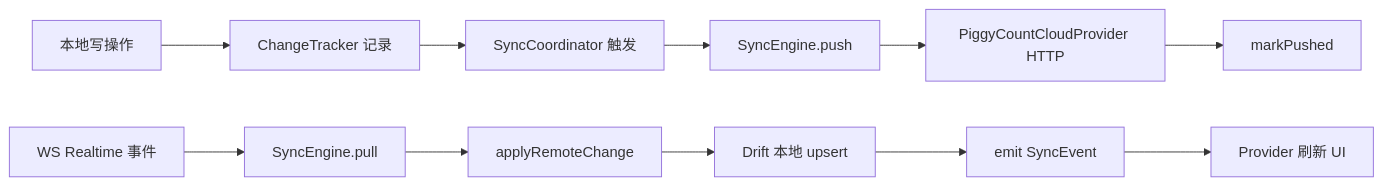
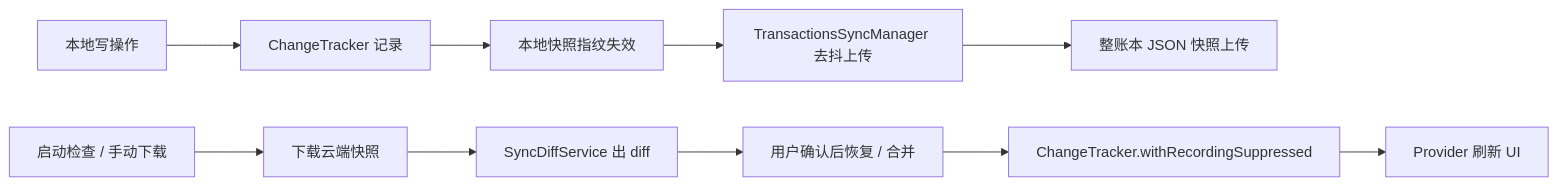
The fifth of 5 diagrams in docoments/01-project-overview.md (mecoren/PiggyCount), drawn with Mermaid before and after one commit. The commit also changed other lines of this file and 19 other files, not shown here.

First line of the commit message:
docs: 工程文档与 known-issues 同步至 schema 58 / 快照同步（2026-10-17）

````diff
--- a/docoments/01-project-overview.md
+++ b/docoments/01-project-overview.md
@@ -268,14 +276,13 @@
 ```mermaid
 flowchart LR
     A[本地写操作] --> B[ChangeTracker 记录]
-    B --> C[SyncCoordinator 触发]
-    C --> D[SyncEngine.push]
-    D --> E[PiggyCountCloudProvider HTTP]
-    E --> F[markPushed]
+    B --> C[本地快照指纹失效]
+    C --> D[TransactionsSyncManager 去抖上传]
+    D --> E[整账本 JSON 快照上传]
 
-    G[WS Realtime 事件] --> H[SyncEngine.pull]
-    H --> I[applyRemoteChange]
-    I --> J[Drift 本地 upsert]
-    J --> K[emit SyncEvent]
-    K --> L[Provider 刷新 UI]
+    F[启动检查 / 手动下载] --> G[下载云端快照]
+    G --> H[SyncDiffService 出 diff]
+    H --> I[用户确认后恢复 / 合并]
+    I --> J[ChangeTracker.withRecordingSuppressed]
+    J --> K[Provider 刷新 UI]
 ```
````
